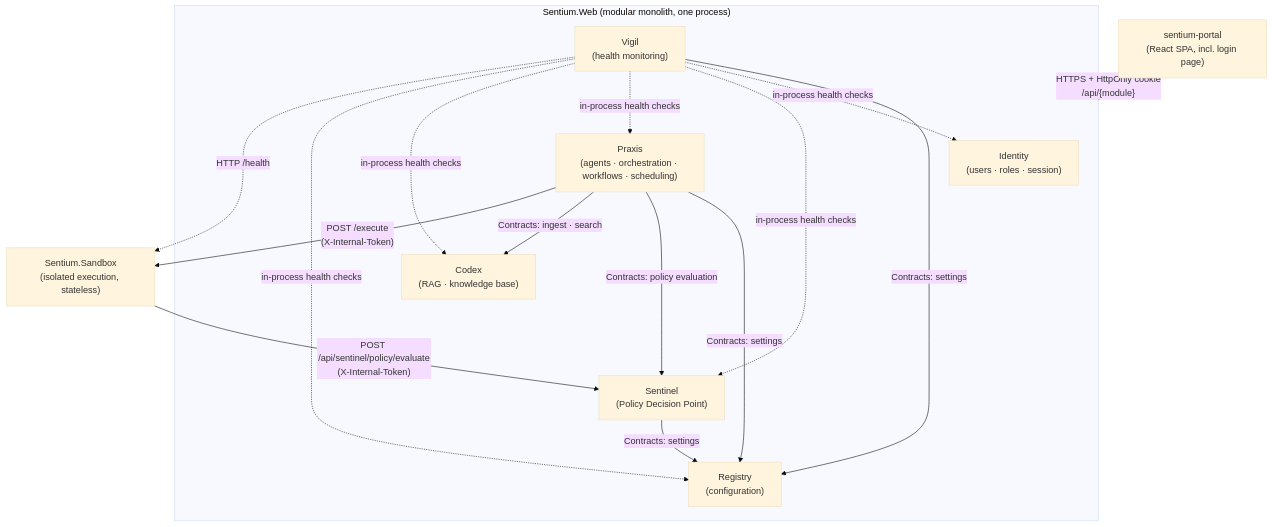
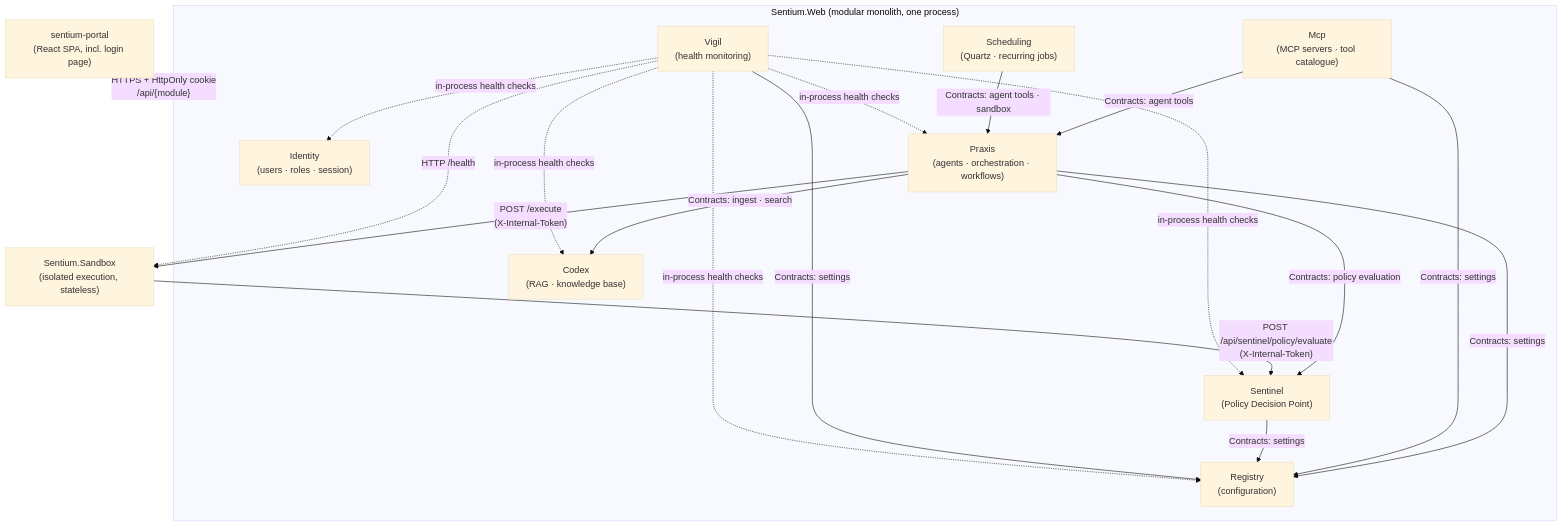
The diagram in docs/diagrams/structure-a-component-module-interactions.md (mihailshterev/sentium), drawn with Mermaid (base theme) before and after one commit. The commit also changed 489 other files, not shown here.

````diff
--- a/docs/diagrams/structure-a-component-module-interactions.md
+++ b/docs/diagrams/structure-a-component-module-interactions.md
@@ -1,33 +1,38 @@
 ```mermaid
 flowchart TB
     Portal["sentium-portal<br/>(React SPA, incl. login page)"]
 
     subgraph WEB["Sentium.Web (modular monolith, one process)"]
         ID["Identity<br/>(users · roles · session)"]
         REG["Registry<br/>(configuration)"]
         SEN["Sentinel<br/>(Policy Decision Point)"]
         CDX["Codex<br/>(RAG · knowledge base)"]
-        PRX["Praxis<br/>(agents · orchestration · workflows · scheduling)"]
+        PRX["Praxis<br/>(agents · orchestration · workflows)"]
+        MCP["Mcp<br/>(MCP servers · tool catalogue)"]
+        SCH["Scheduling<br/>(Quartz · recurring jobs)"]
         VIG["Vigil<br/>(health monitoring)"]
     end
 
     SBX["Sentium.Sandbox<br/>(isolated execution, stateless)"]
 
     Portal -->|"HTTPS + HttpOnly cookie<br/>/api/{module}"| WEB
 
     PRX -->|"Contracts: settings"| REG
     PRX -->|"Contracts: policy evaluation"| SEN
     PRX -->|"Contracts: ingest · search"| CDX
+    MCP -->|"Contracts: agent tools"| PRX
+    MCP -->|"Contracts: settings"| REG
+    SCH -->|"Contracts: agent tools · sandbox"| PRX
     SEN -->|"Contracts: settings"| REG
     VIG -->|"Contracts: settings"| REG
 
     PRX -->|"POST /execute<br/>(X-Internal-Token)"| SBX
     SBX -->|"POST /api/sentinel/policy/evaluate<br/>(X-Internal-Token)"| SEN
 
     VIG -.->|"in-process health checks"| ID
     VIG -.->|"in-process health checks"| SEN
     VIG -.->|"in-process health checks"| PRX
     VIG -.->|"in-process health checks"| CDX
     VIG -.->|"in-process health checks"| REG
     VIG -.->|"HTTP /health"| SBX
 ```
````
